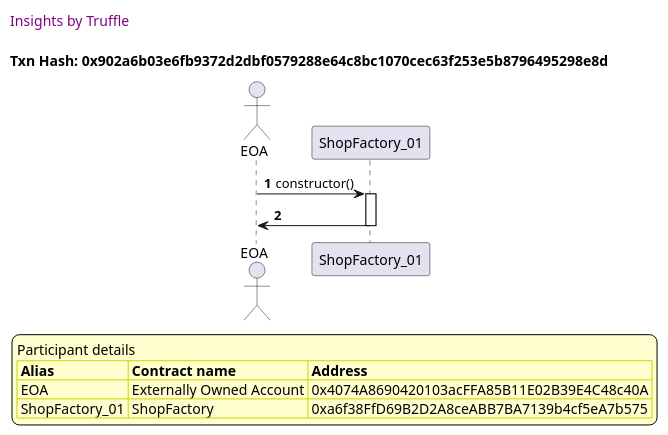
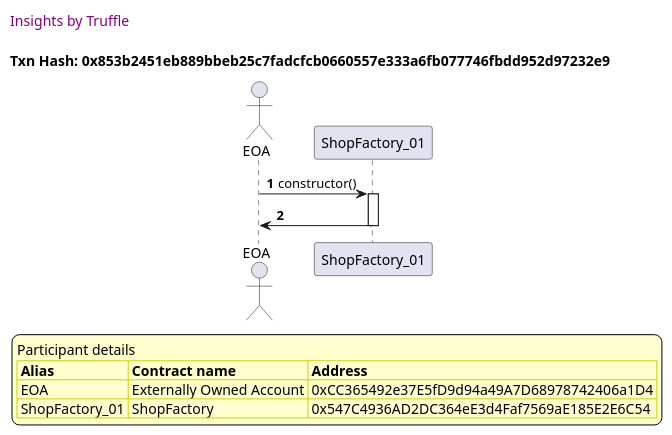
The seventh of 58 diagrams in truffle-seq/Shop_test_shopfactory_manage_shop.md (thedarkjester/ConsensysAssignment), drawn with PlantUML before and after one commit. The commit also changed other lines of this file and 13 other files, not shown here.

````diff
--- a/truffle-seq/Shop_test_shopfactory_manage_shop.md
+++ b/truffle-seq/Shop_test_shopfactory_manage_shop.md
@@ -310,37 +310,37 @@
 ```plantuml
 
 
 @startuml
 
 autonumber
 skinparam legendBackgroundColor #FEFECE
 
 <style>
       header {
         HorizontalAlignment left
         FontColor purple
         FontSize 14
         Padding 10
       }
     </style>
 
 header Insights by Truffle
 
-title Txn Hash: 0x902a6b03e6fb9372d2dbf0579288e64c8bc1070cec63f253e5b8796495298e8d
+title Txn Hash: 0x853b2451eb889bbeb25c7fadcfcb0660557e333a6fb077746fbdd952d97232e9
 
 
 actor EOA as "EOA"
 participant ShopFactory_01 as "ShopFactory_01"
 
 "EOA" -> "ShopFactory_01" ++: constructor()
 "ShopFactory_01" -> "EOA" --: 
 
 legend
 Participant details
 <#FEFECE,#D0D000>|= Alias |= Contract name |= Address |
-<#FEFECE>| EOA | Externally Owned Account | 0x4074A8690420103acFFA85B11E02B39E4C48c40A |
-<#FEFECE>| ShopFactory_01 | ShopFactory | 0xa6f38FfD69B2D2A8ceABB7BA7139b4cf5eA7b575 |
+<#FEFECE>| EOA | Externally Owned Account | 0xCC365492e37E5fD9d94a49A7D68978742406a1D4 |
+<#FEFECE>| ShopFactory_01 | ShopFactory | 0x547C4936AD2DC364eE3d4Faf7569aE185E2E6C54 |
 endlegend
 
 @enduml
 ```
````
